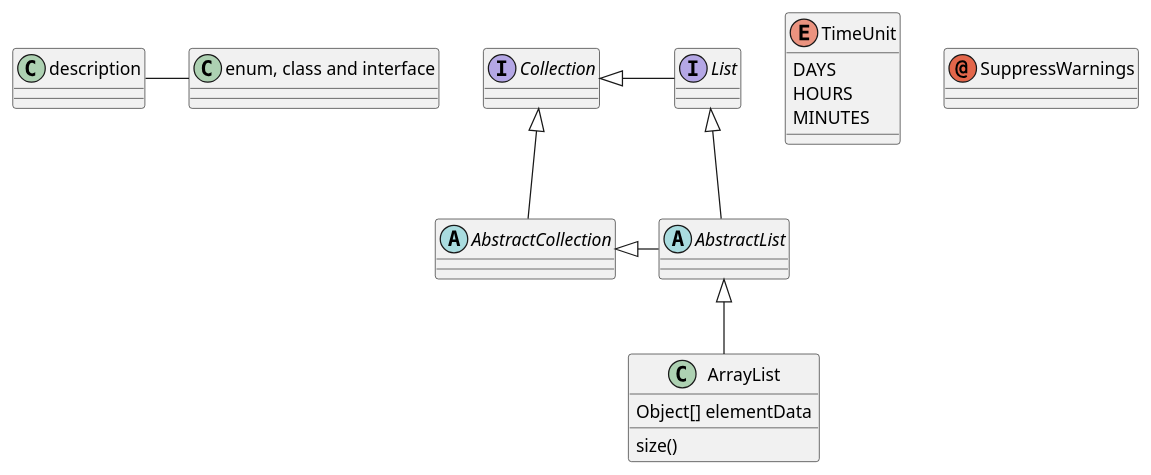
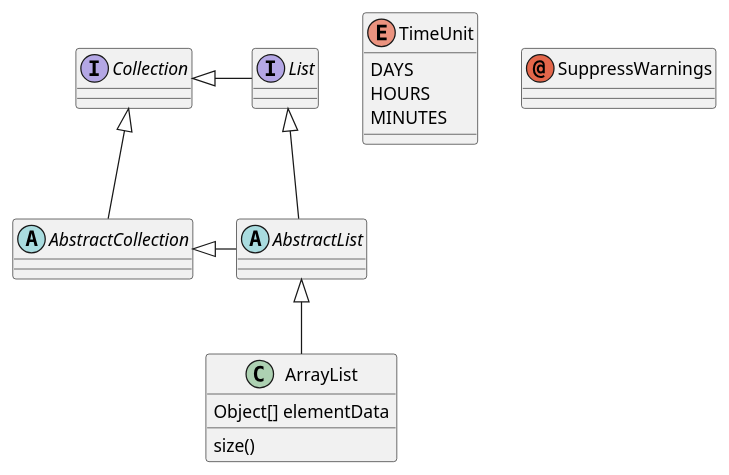
Diagram 14 of 38 in PlantUML/클래스-다이어그램.md (sogeuni/_wiki), drawn with PlantUML before and after one commit. The commit also changed other lines of this file, not shown here.

Commit message:
Updated 클래스 다이어그램 (markdown)

```diff
--- a/PlantUML/클래스-다이어그램.md
+++ b/PlantUML/클래스-다이어그램.md
@@ -477,28 +464,27 @@
 @startuml
-description - "enum, class and interface"
 abstract class AbstractList
 abstract AbstractCollection
 interface List
 interface Collection
 
 List <|-- AbstractList
 Collection <|-- AbstractCollection
 
 Collection <|- List
 AbstractCollection <|- AbstractList
 AbstractList <|-- ArrayList
 
 class ArrayList {
   Object[] elementData
   size()
 }
 
 enum TimeUnit {
   DAYS
   HOURS
   MINUTES
 }
 
 annotation SuppressWarnings
 
 @enduml
```
